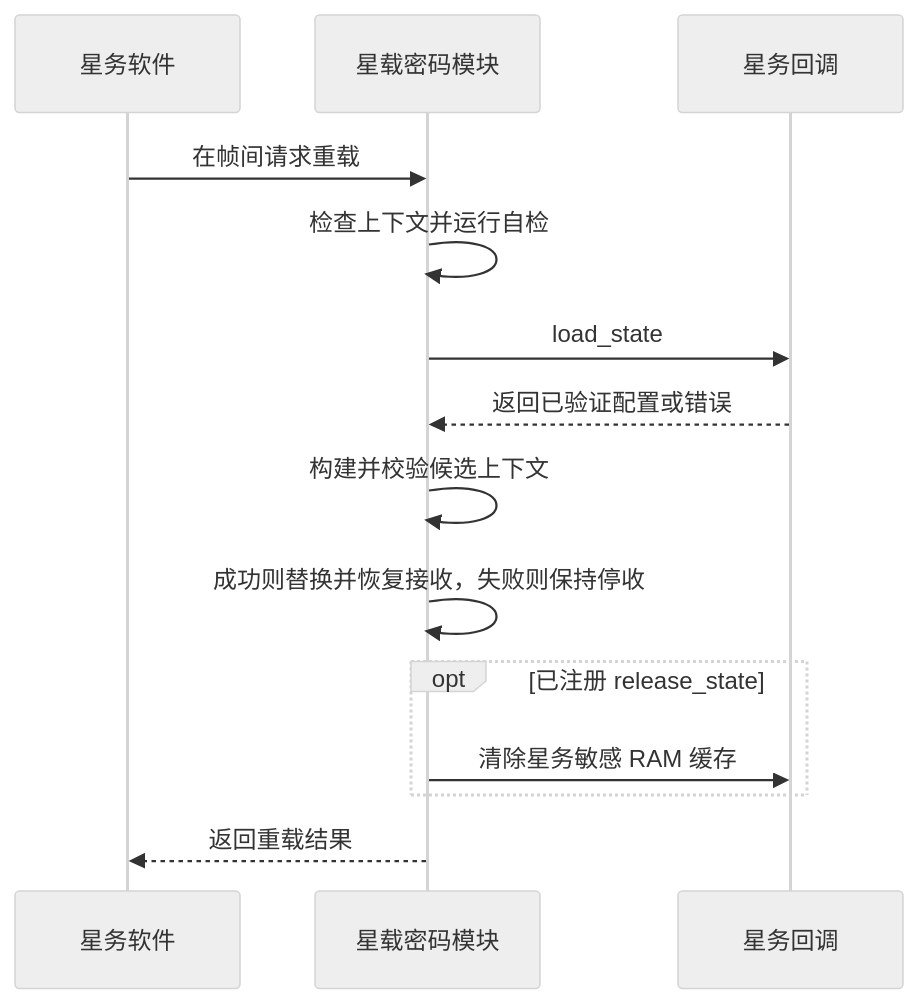
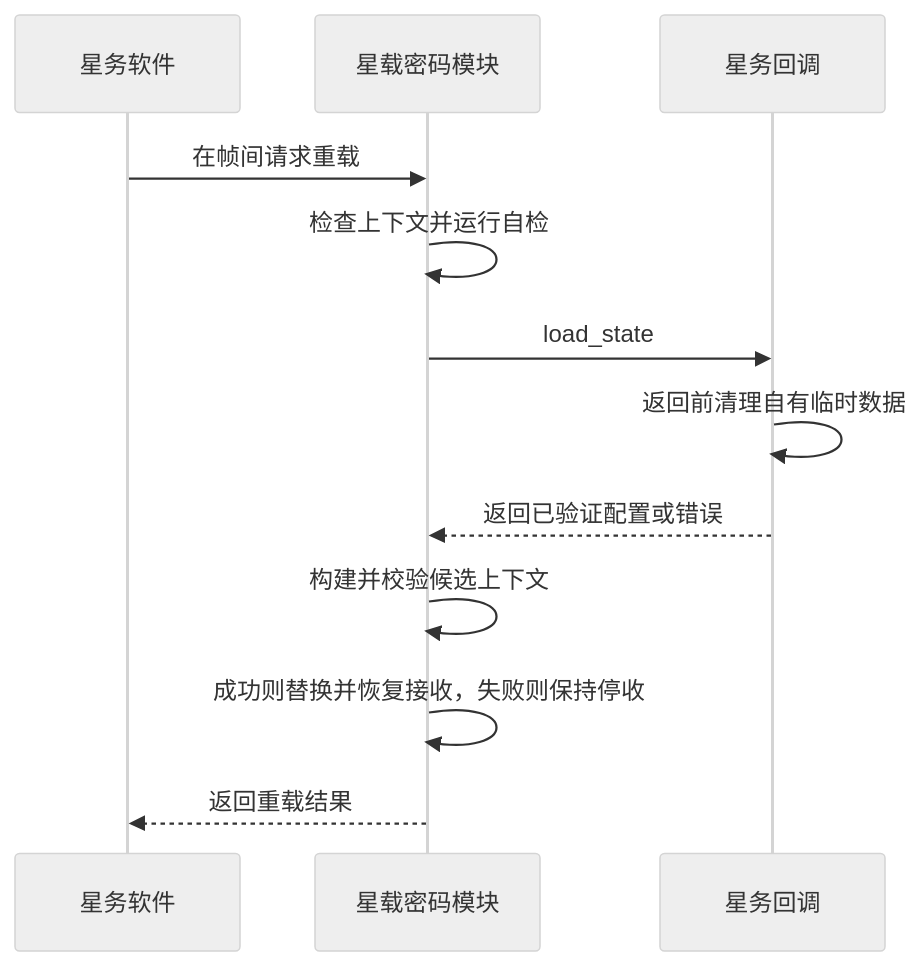
One commit to HangzeGao/key-vault changed the third of 11 diagrams in docs/FLIGHT_INTERFACE_MANUAL.md. Above: the diagram before and after it, drawn with Mermaid (neutral theme). The commit also changed other lines of this file and 7 other files, not shown here.

````diff
--- a/docs/FLIGHT_INTERFACE_MANUAL.md
+++ b/docs/FLIGHT_INTERFACE_MANUAL.md
@@ -635,16 +626,14 @@
 ```mermaid
 sequenceDiagram
     participant S as 星务软件
     participant C as 星载密码模块
     participant P as 星务回调
     S->>C: 在帧间请求重载
     C->>C: 检查上下文并运行自检
     C->>P: load_state
+    P->>P: 返回前清理自有临时数据
     P-->>C: 返回已验证配置或错误
     C->>C: 构建并校验候选上下文
     C->>C: 成功则替换并恢复接收，失败则保持停收
-    opt 已注册 release_state
-        C->>P: 清除星务敏感 RAM 缓存
-    end
     C-->>S: 返回重载结果
 ```
````
